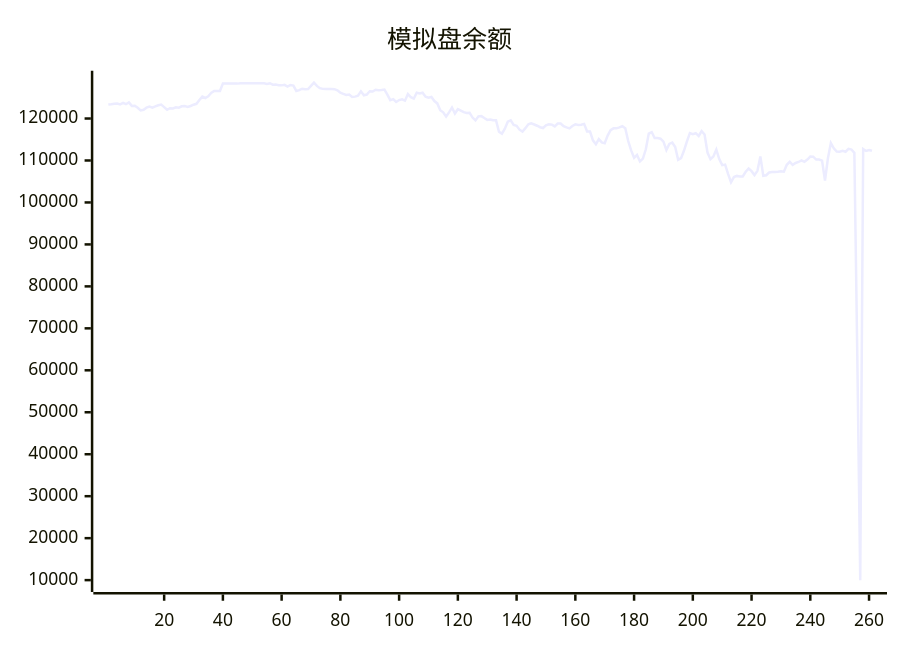
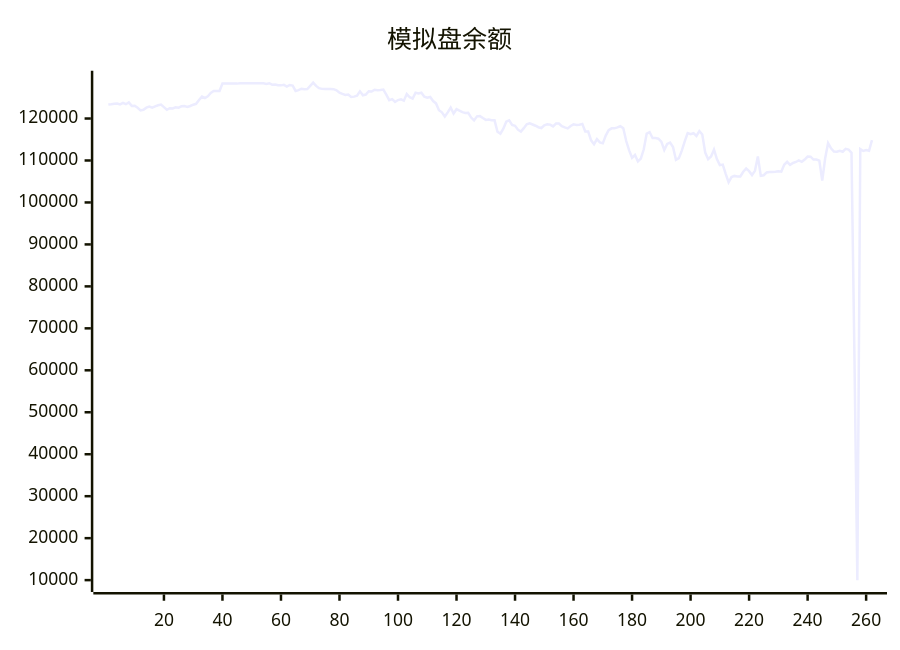
Before and after one commit to aahl/ai-trading: the diagram in README.md, drawn with Mermaid. The commit also changed other lines of this file and 1 other file, not shown here.

````diff
--- a/README.md
+++ b/README.md
@@ -5,5 +5,5 @@
 ```mermaid
 xychart
     title "模拟盘余额"
-    line [123338,123402,123530,123592,123378,123745,123413,123853,123009,123040,122557,121938,122095,122599,122856,122597,122898,123160,123319,122719,122087,122454,122416,122685,122592,122907,122961,122776,122981,123295,123507,124403,125224,124894,125303,126088,126544,126534,126549,128335,128318,128318,128318,128318,128318,128424,128424,128424,128424,128424,128424,128424,128424,128424,128247,128412,128062,128087,127917,127901,128026,127611,128000,127850,126572,126770,127100,126971,127029,127783,128554,127765,127224,127064,127044,127009,127025,127004,126738,126152,125871,125635,125707,125117,125217,125420,126480,125545,125715,126511,126424,126856,126764,126788,126890,125710,124381,124632,123936,124402,124574,124256,125833,125070,124739,126154,125966,126145,125213,124943,125143,124157,123604,121959,121476,120476,121470,122610,121201,122221,121889,121522,121332,121344,120232,119559,120513,120577,120108,119680,119777,119572,119568,116839,116392,117573,119250,119585,118469,118277,117338,116897,117706,118628,118849,118579,118280,117926,117735,118373,118639,118544,118136,118798,118819,118162,117874,117649,118215,118601,118463,118517,118713,116911,116899,114798,113887,115084,114313,114091,115934,117221,117658,117658,117883,118164,117693,114632,112403,110644,111313,109777,110444,112673,116419,116772,115355,115355,115198,114476,112510,113954,114276,113223,110151,110561,112361,114562,116522,116265,116500,115845,117000,116199,111887,110306,110942,112588,110318,108891,109011,106814,104811,106038,106327,106201,106180,107315,108068,107463,106528,107530,110941,106346,106482,107161,107268,107270,107302,107426,107340,108985,109681,108962,109404,109645,110030,109680,110214,110918,110897,110215,110212,109962,105235,110525,114151,112895,112137,112083,112329,112094,112784,112613,111829,63445,10000,112734,112268,112496,112313]
+    line [123338,123402,123530,123592,123378,123745,123413,123853,123009,123040,122557,121938,122095,122599,122856,122597,122898,123160,123319,122719,122087,122454,122416,122685,122592,122907,122961,122776,122981,123295,123507,124403,125224,124894,125303,126088,126544,126534,126549,128335,128318,128318,128318,128318,128318,128424,128424,128424,128424,128424,128424,128424,128424,128424,128247,128412,128062,128087,127917,127901,128026,127611,128000,127850,126572,126770,127100,126971,127029,127783,128554,127765,127224,127064,127044,127009,127025,127004,126738,126152,125871,125635,125707,125117,125217,125420,126480,125545,125715,126511,126424,126856,126764,126788,126890,125710,124381,124632,123936,124402,124574,124256,125833,125070,124739,126154,125966,126145,125213,124943,125143,124157,123604,121959,121476,120476,121470,122610,121201,122221,121889,121522,121332,121344,120232,119559,120513,120577,120108,119680,119777,119572,119568,116839,116392,117573,119250,119585,118469,118277,117338,116897,117706,118628,118849,118579,118280,117926,117735,118373,118639,118544,118136,118798,118819,118162,117874,117649,118215,118601,118463,118517,118713,116911,116899,114798,113887,115084,114313,114091,115934,117221,117658,117658,117883,118164,117693,114632,112403,110644,111313,109777,110444,112673,116419,116772,115355,115355,115198,114476,112510,113954,114276,113223,110151,110561,112361,114562,116522,116265,116500,115845,117000,116199,111887,110306,110942,112588,110318,108891,109011,106814,104811,106038,106327,106201,106180,107315,108068,107463,106528,107530,110941,106346,106482,107161,107268,107270,107302,107426,107340,108985,109681,108962,109404,109645,110030,109680,110214,110918,110897,110215,110212,109962,105235,110525,114151,112895,112137,112083,112329,112094,112784,112613,111829,63445,10000,112734,112268,112496,112313,114832]
 ```
````
